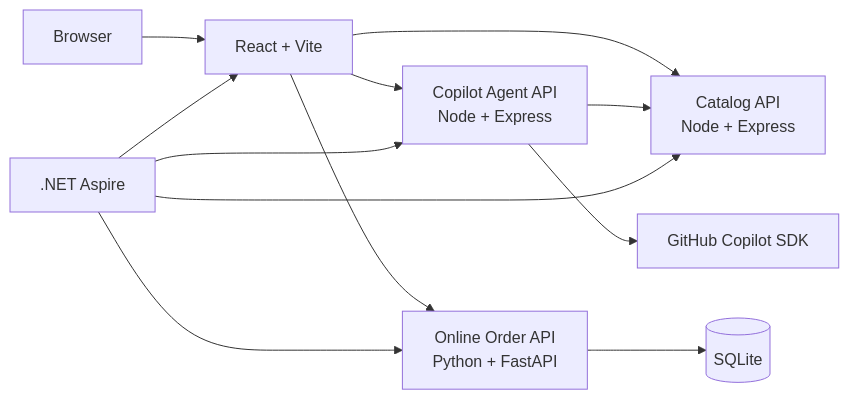
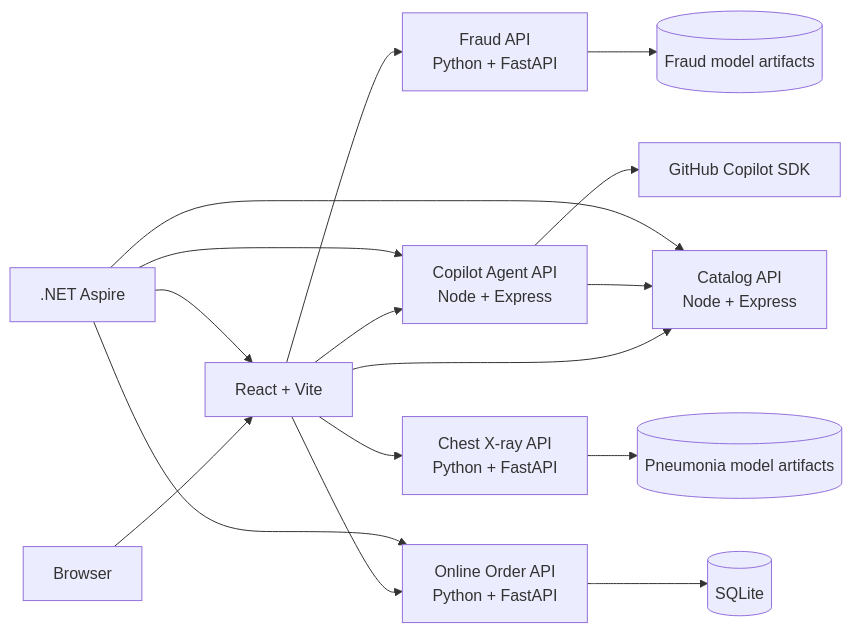
One commit to maoyuexin/applied-ai-studio changed the diagram in README.md. Above: the diagram before and after it, drawn with Mermaid. The commit also changed other lines of this file and 46 other files, not shown here.

````diff
--- a/README.md
+++ b/README.md
@@ -36,14 +38,18 @@
 ```mermaid
 flowchart LR
     Browser[Browser] --> Web[React + Vite]
     Web --> Catalog[Catalog API<br/>Node + Express]
     Web --> Agent[Copilot Agent API<br/>Node + Express]
     Web --> Orders[Online Order API<br/>Python + FastAPI]
+    Web --> Fraud[Fraud API<br/>Python + FastAPI]
+    Web --> Pneumonia[Chest X-ray API<br/>Python + FastAPI]
     Agent --> Copilot[GitHub Copilot SDK]
     Agent --> Catalog
     Orders --> SQLite[(SQLite)]
+    Fraud --> FraudArtifacts[(Fraud model artifacts)]
+    Pneumonia --> ImageArtifacts[(Pneumonia model artifacts)]
     Aspire[.NET Aspire] --> Web
     Aspire --> Catalog
     Aspire --> Agent
     Aspire --> Orders
 ```
````
